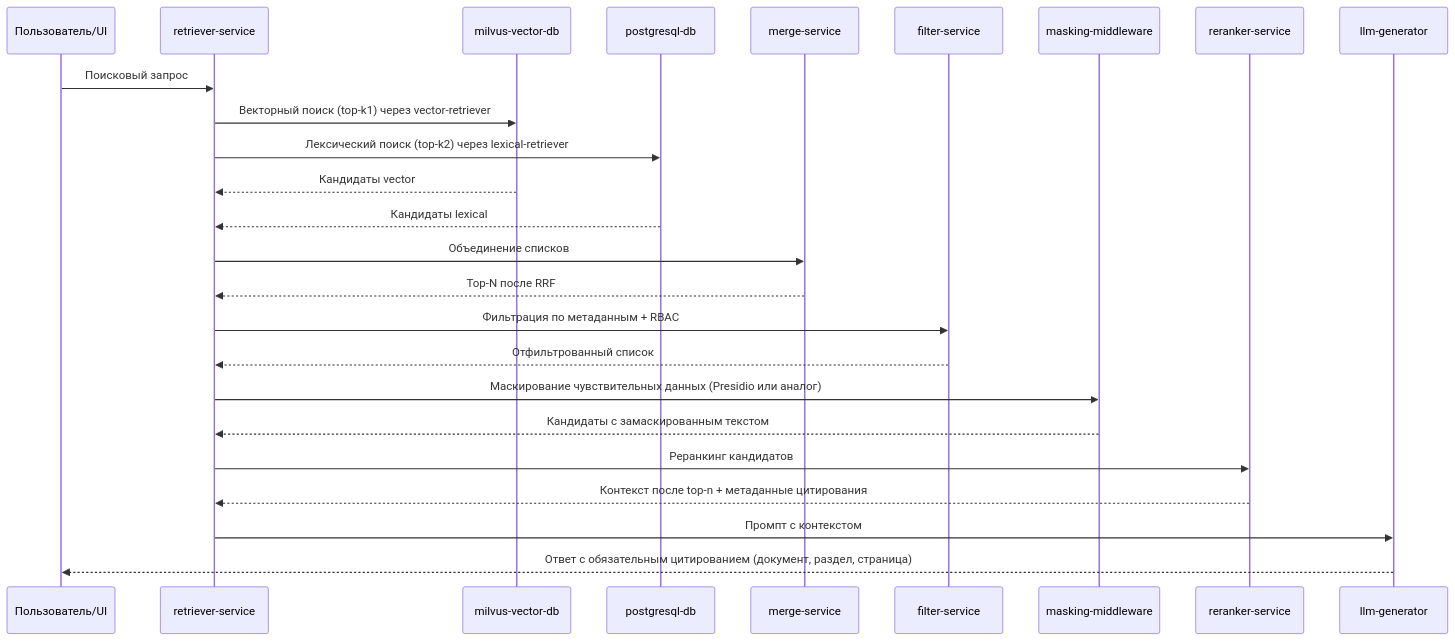
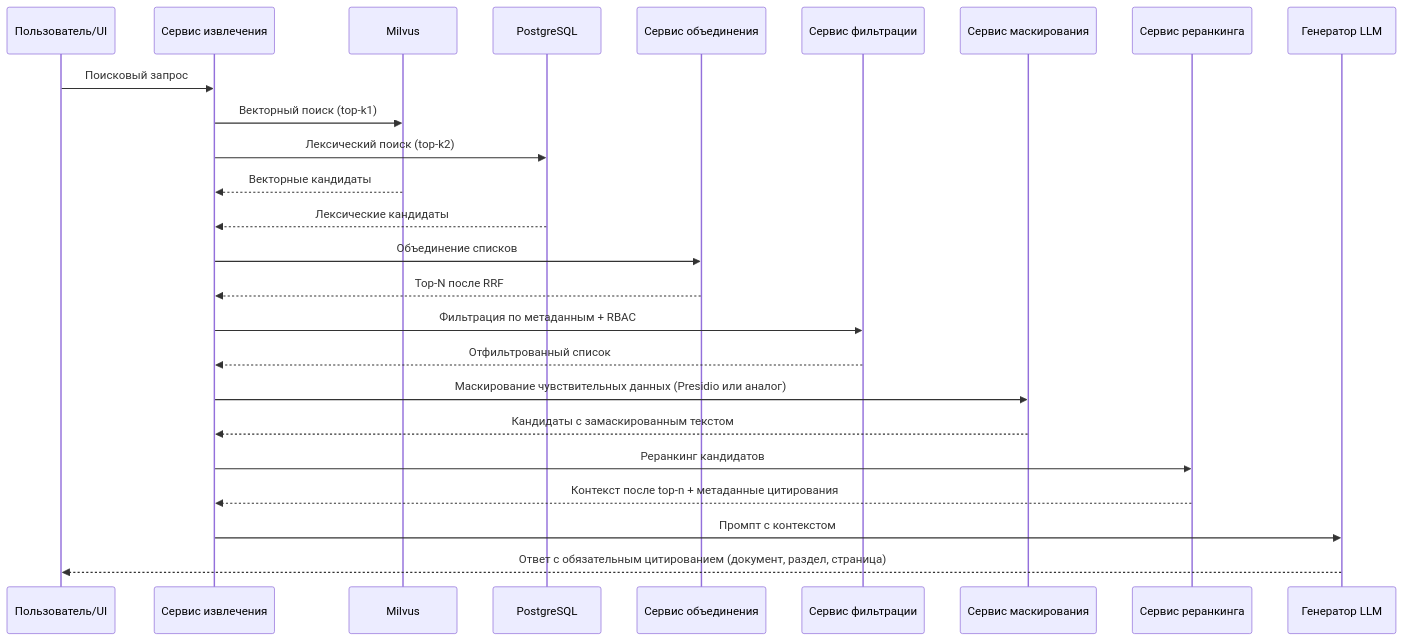
Diagram 15 of 19 in TZ/1_zapiska_k_tz.md (Trump68/infra), drawn with Mermaid before and after one commit. The commit also changed other lines of this file and 2 other files, not shown here.

````diff
--- a/TZ/1_zapiska_k_tz.md
+++ b/TZ/1_zapiska_k_tz.md
@@ -1981,28 +2086,28 @@
 ```mermaid
 sequenceDiagram
   participant U as Пользователь/UI
-  participant R as retriever-service
-  participant V as milvus-vector-db
-  participant P as postgresql-db
-  participant M as merge-service
-  participant F as filter-service
-  participant Mask as masking-middleware
-  participant RR as reranker-service
-  participant G as llm-generator
+  participant R as Сервис извлечения
+  participant V as Milvus
+  participant P as PostgreSQL
+  participant M as Сервис объединения
+  participant F as Сервис фильтрации
+  participant Mask as Сервис маскирования
+  participant RR as Сервис реранкинга
+  participant G as Генератор LLM
 
   U->>R: Поисковый запрос
-  R->>V: Векторный поиск (top-k1) через vector-retriever
-  R->>P: Лексический поиск (top-k2) через lexical-retriever
-  V-->>R: Кандидаты vector
-  P-->>R: Кандидаты lexical
+  R->>V: Векторный поиск (top-k1)
+  R->>P: Лексический поиск (top-k2)
+  V-->>R: Векторные кандидаты
+  P-->>R: Лексические кандидаты
   R->>M: Объединение списков
   M-->>R: Top-N после RRF
   R->>F: Фильтрация по метаданным + RBAC
   F-->>R: Отфильтрованный список
   R->>Mask: Маскирование чувствительных данных (Presidio или аналог)
   Mask-->>R: Кандидаты с замаскированным текстом
   R->>RR: Реранкинг кандидатов
   RR-->>R: Контекст после top-n + метаданные цитирования
   R->>G: Промпт с контекстом
   G-->>U: Ответ с обязательным цитированием (документ, раздел, страница)
 ```
````
